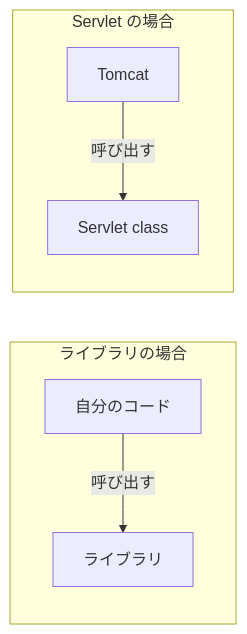
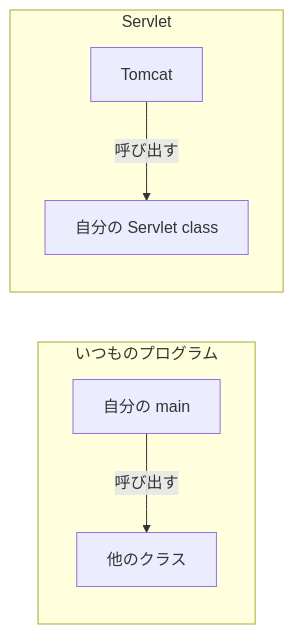
One commit to Appricot144/teaching-material changed the diagram in servlet/02-servlet-and-tomcat/02-what-is-servlet.md. Above: the diagram before and after it, drawn with Mermaid. The commit also changed other lines of this file and 3 other files, not shown here.

````diff
--- a/servlet/02-servlet-and-tomcat/02-what-is-servlet.md
+++ b/servlet/02-servlet-and-tomcat/02-what-is-servlet.md
@@ -34,9 +48,9 @@
 ```mermaid
 flowchart LR
-    subgraph L["ライブラリの場合"]
-        A1["自分のコード"] -- 呼び出す --> B1["ライブラリ"]
+    subgraph L["いつものプログラム"]
+        A1["自分の main"] -- 呼び出す --> B1["他のクラス"]
     end
-    subgraph F["Servlet の場合"]
-        A2["Tomcat"] -- 呼び出す --> B2["Servlet class"]
+    subgraph F["Servlet"]
+        A2["Tomcat"] -- 呼び出す --> B2["自分の Servlet class"]
     end
 ```
````
